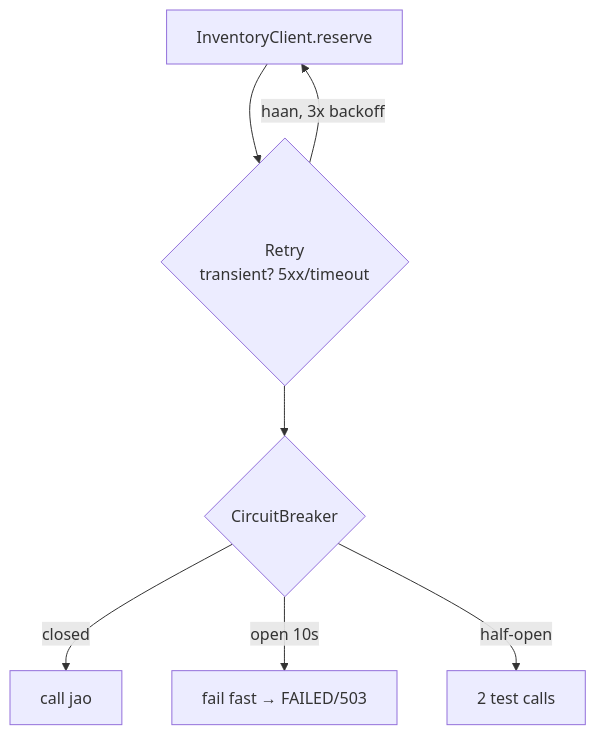
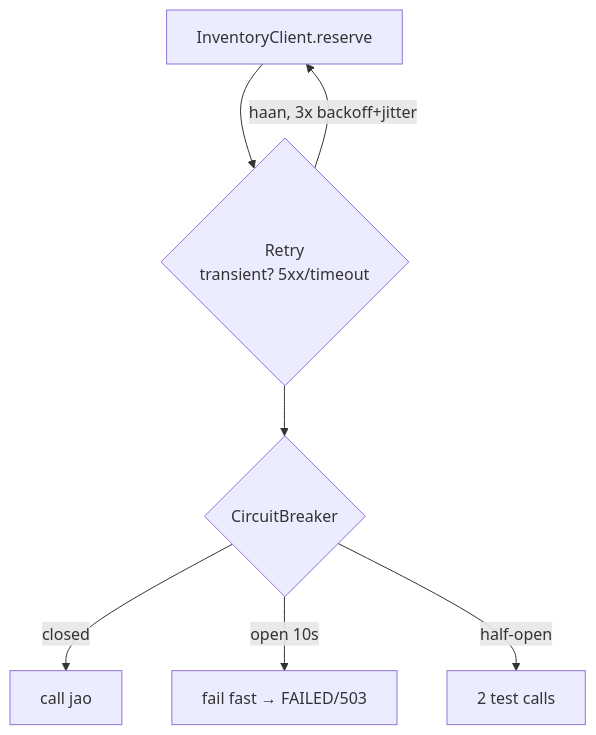
Before and after one commit to Rajji01/DevopsComplete: the eighth of 13 diagrams in docs/VISUAL-FLOWS.md, drawn with Mermaid. The commit also changed other lines of this file and 6 other files, not shown here.

First line of the commit message:
Walk 39: add jitter to inventory retry backoff (avoid thundering herd)

````diff
--- a/docs/VISUAL-FLOWS.md
+++ b/docs/VISUAL-FLOWS.md
@@ -241,9 +241,9 @@
 ```mermaid
 flowchart TB
     CALL[InventoryClient.reserve] --> RETRY{Retry<br/>transient? 5xx/timeout}
-    RETRY -->|haan, 3x backoff| CALL
+    RETRY -->|haan, 3x backoff+jitter| CALL
     RETRY --> CB{CircuitBreaker}
     CB -->|closed| OK[call jao]
     CB -->|open 10s| FAST[fail fast → FAILED/503]
     CB -->|half-open| TEST[2 test calls]
 ```
````
